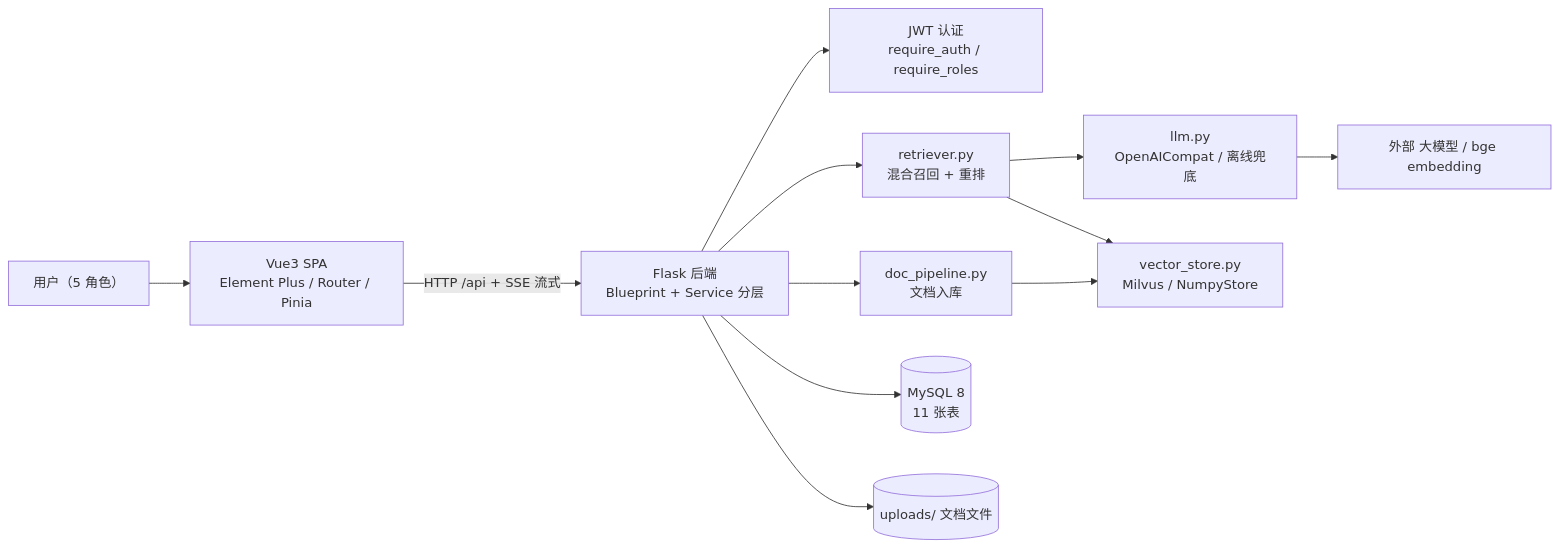
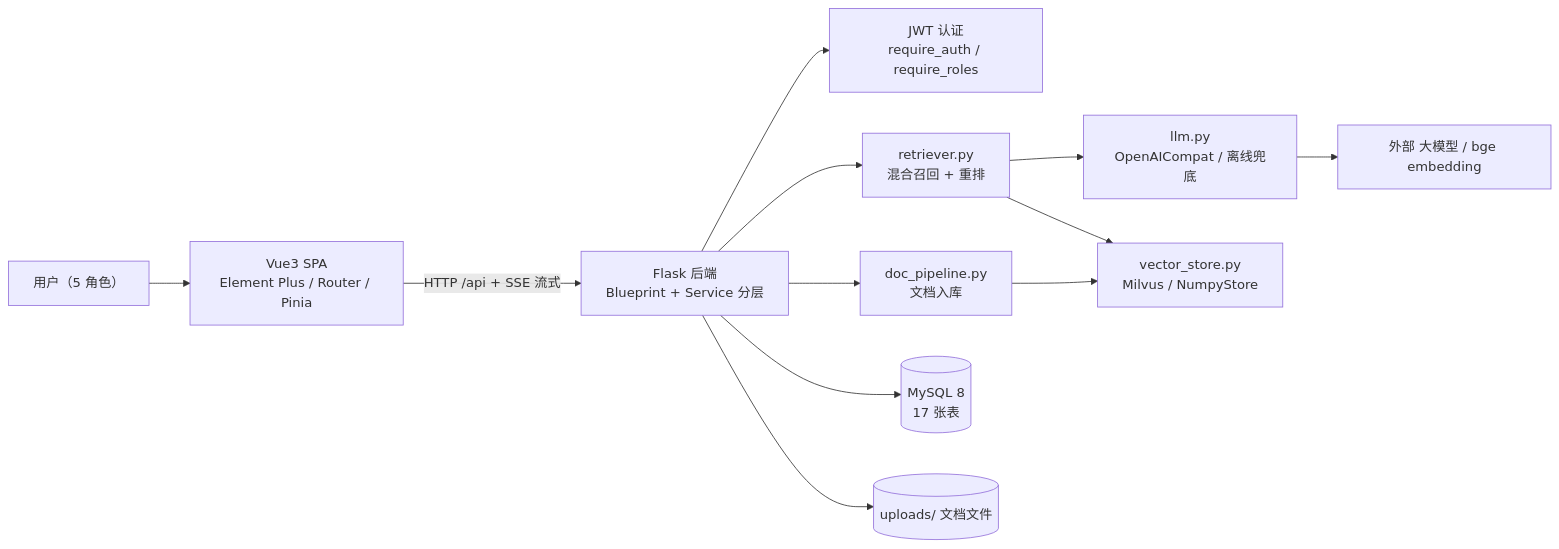
The third of 14 diagrams in 面试准备/项目完整架构与流程图.md (SFANBLOG/medical-assistant-master), drawn with Mermaid before and after one commit. The commit also changed other lines of this file and 359 other files, not shown here.

````diff
--- a/面试准备/项目完整架构与流程图.md
+++ b/面试准备/项目完整架构与流程图.md
@@ -96,14 +96,14 @@
 ```mermaid
 flowchart LR
     U["用户（5 角色）"] --> FE["Vue3 SPA<br/>Element Plus / Router / Pinia"]
     FE -- "HTTP /api + SSE 流式" --> BE["Flask 后端<br/>Blueprint + Service 分层"]
     BE --> AUTH["JWT 认证<br/>require_auth / require_roles"]
     BE --> RET["retriever.py<br/>混合召回 + 重排"]
     BE --> PIPE["doc_pipeline.py<br/>文档入库"]
     RET --> LLM["llm.py<br/>OpenAICompat / 离线兜底"]
     RET --> VS["vector_store.py<br/>Milvus / NumpyStore"]
-    BE --> MySQL[("MySQL 8<br/>11 张表")]
+    BE --> MySQL[("MySQL 8<br/>17 张表")]
     BE --> FS[("uploads/ 文档文件")]
     PIPE --> VS
     LLM --> EXT["外部 大模型 / bge embedding"]
 ```
````
